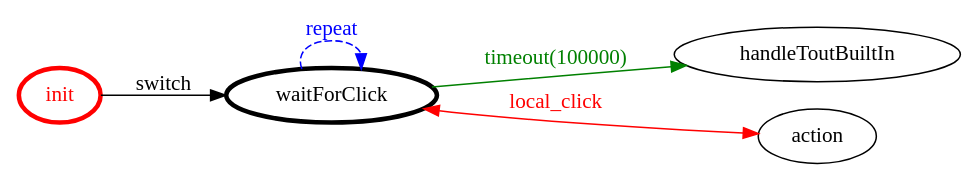
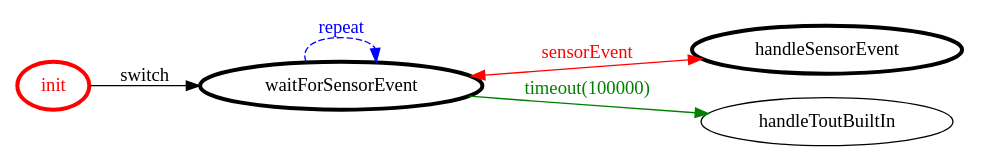
The diagram in it.unibo.bls17.naive.qa/bin/it/unibo/qacontrol/qacontrol.gv (MatteoMendula/iss2018Lab), drawn with Graphviz before and after one commit. The commit also changed 17 other files, not shown here.

```diff
--- a/it.unibo.bls17.naive.qa/bin/it/unibo/qacontrol/qacontrol.gv
+++ b/it.unibo.bls17.naive.qa/bin/it/unibo/qacontrol/qacontrol.gv
@@ -1,19 +1,20 @@
 /*
 *
 * A GraphViz DOT FSM description 
 * Please use a GraphViz visualizer (like http://www.webgraphviz.com)
 *  
 */
 
 digraph finite_state_machine {
 	rankdir=LR
 	size="8,5"
 	
 	init [ color = red ][ fontcolor = red ][ penwidth = 3 ]
-	waitForClick [ color = black ][ fontcolor = black ][ penwidth = 3 ]
+	waitForSensorEvent [ color = black ][ fontcolor = black ][ penwidth = 3 ]
+	handleSensorEvent [ color = black ][ fontcolor = black ][ penwidth = 3 ]
 	
-	waitForClick -> handleToutBuiltIn [ label = "timeout(100000)" ][ color = green ][ fontcolor = green ]
-	init -> waitForClick [ label = "switch" ][ color = black ][ fontcolor = black ]
-	waitForClick -> waitForClick [ label = "repeat "][ style = dashed ][ color = blue ][ fontcolor = blue ]
-	waitForClick -> action [ label = "local_click" ][ color = red ][ fontcolor = red ][ dir = both ]
+	waitForSensorEvent -> waitForSensorEvent [ label = "repeat "][ style = dashed ][ color = blue ][ fontcolor = blue ]
+	init -> waitForSensorEvent [ label = "switch" ][ color = black ][ fontcolor = black ]
+	waitForSensorEvent -> handleSensorEvent [ label = "sensorEvent" ][ color = red ][ fontcolor = red ][ dir = both ]
+	waitForSensorEvent -> handleToutBuiltIn [ label = "timeout(100000)" ][ color = green ][ fontcolor = green ]
 }
```
